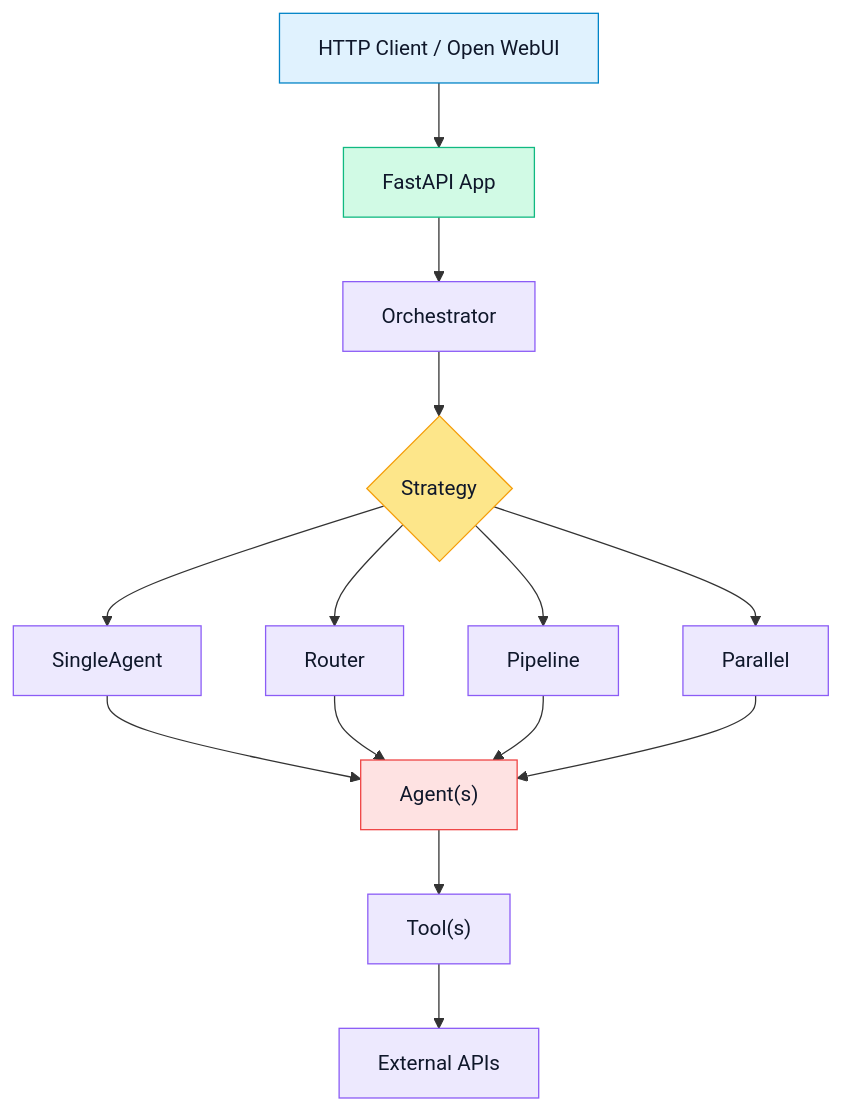
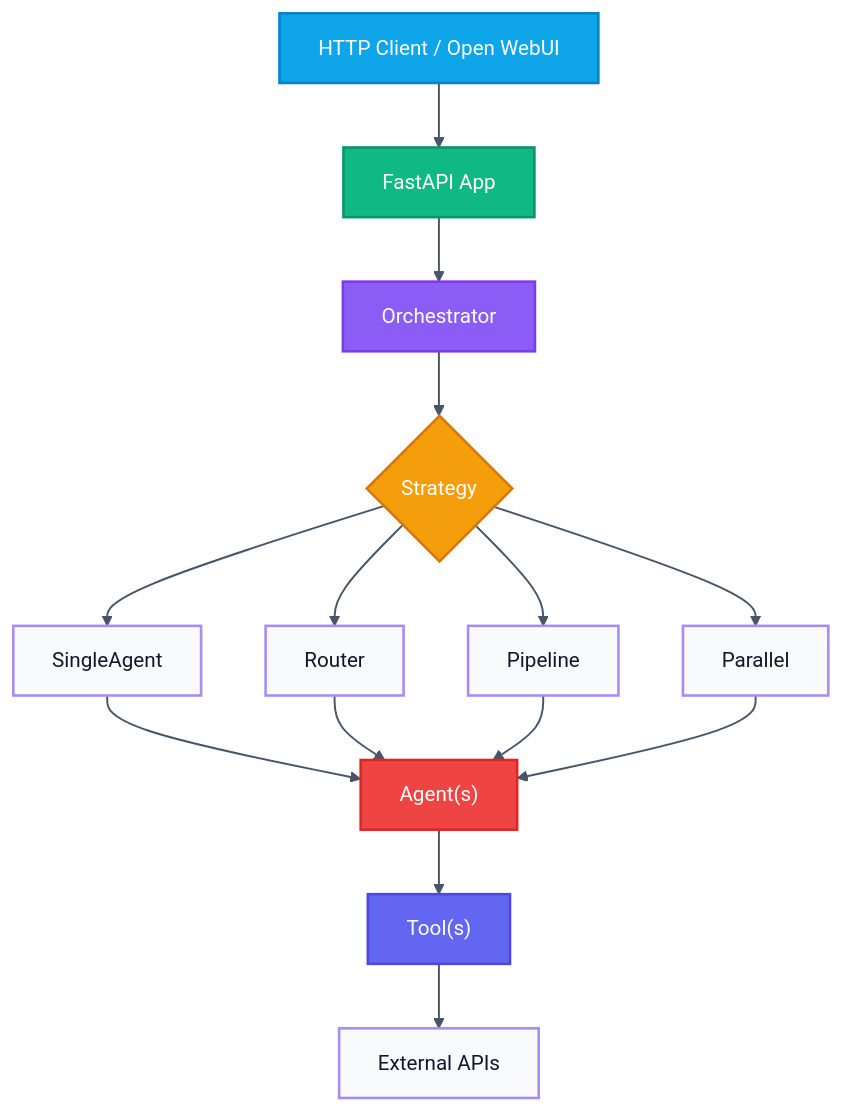
One commit to deduu/MCP-Tuna changed the diagram in README.md. Above: the diagram before and after it, drawn with Mermaid. The commit also changed other lines of this file, not shown here.

````diff
--- a/README.md
+++ b/README.md
@@ -81,31 +81,33 @@
 ```mermaid
-flowchart TD
+graph TD
     client["HTTP Client / Open WebUI"] --> app["FastAPI App"]
     app --> orchestrator["Orchestrator"]
     orchestrator --> strategy{"Strategy"}
 
     strategy --> single["SingleAgent"]
     strategy --> router["Router"]
     strategy --> pipeline["Pipeline"]
     strategy --> parallel["Parallel"]
 
     single --> agents["Agent(s)"]
     router --> agents
     pipeline --> agents
     parallel --> agents
 
     agents --> tools["Tool(s)"]
     tools --> apis["External APIs"]
 
-    classDef edge fill:#E0F2FE,stroke:#0284C7,color:#0F172A,stroke-width:1px;
-    classDef app fill:#D1FAE5,stroke:#10B981,color:#0F172A,stroke-width:1px;
-    classDef core fill:#EDE9FE,stroke:#8B5CF6,color:#0F172A,stroke-width:1px;
-    classDef strategy fill:#FDE68A,stroke:#F59E0B,color:#0F172A,stroke-width:1px;
-    classDef agents fill:#FEE2E2,stroke:#EF4444,color:#0F172A,stroke-width:1px;
+    style client fill:#0EA5E9,stroke:#0284C7,color:#FFFFFF,stroke-width:2px
+    style app fill:#10B981,stroke:#059669,color:#FFFFFF,stroke-width:2px
+    style orchestrator fill:#8B5CF6,stroke:#7C3AED,color:#FFFFFF,stroke-width:2px
+    style strategy fill:#F59E0B,stroke:#D97706,color:#FFFFFF,stroke-width:2px
+    style agents fill:#EF4444,stroke:#DC2626,color:#FFFFFF,stroke-width:2px
+    style tools fill:#6366F1,stroke:#4F46E5,color:#FFFFFF,stroke-width:2px
+    style single fill:#F8FAFC,stroke:#A78BFA,color:#0F172A,stroke-width:2px
+    style router fill:#F8FAFC,stroke:#A78BFA,color:#0F172A,stroke-width:2px
+    style pipeline fill:#F8FAFC,stroke:#A78BFA,color:#0F172A,stroke-width:2px
+    style parallel fill:#F8FAFC,stroke:#A78BFA,color:#0F172A,stroke-width:2px
+    style apis fill:#F8FAFC,stroke:#A78BFA,color:#0F172A,stroke-width:2px
 
-    class client edge;
-    class app app;
-    class orchestrator,single,router,pipeline,parallel,tools,apis core;
-    class strategy strategy;
-    class agents agents;
+    linkStyle default stroke:#475569,stroke-width:1.5px
 ```
````
